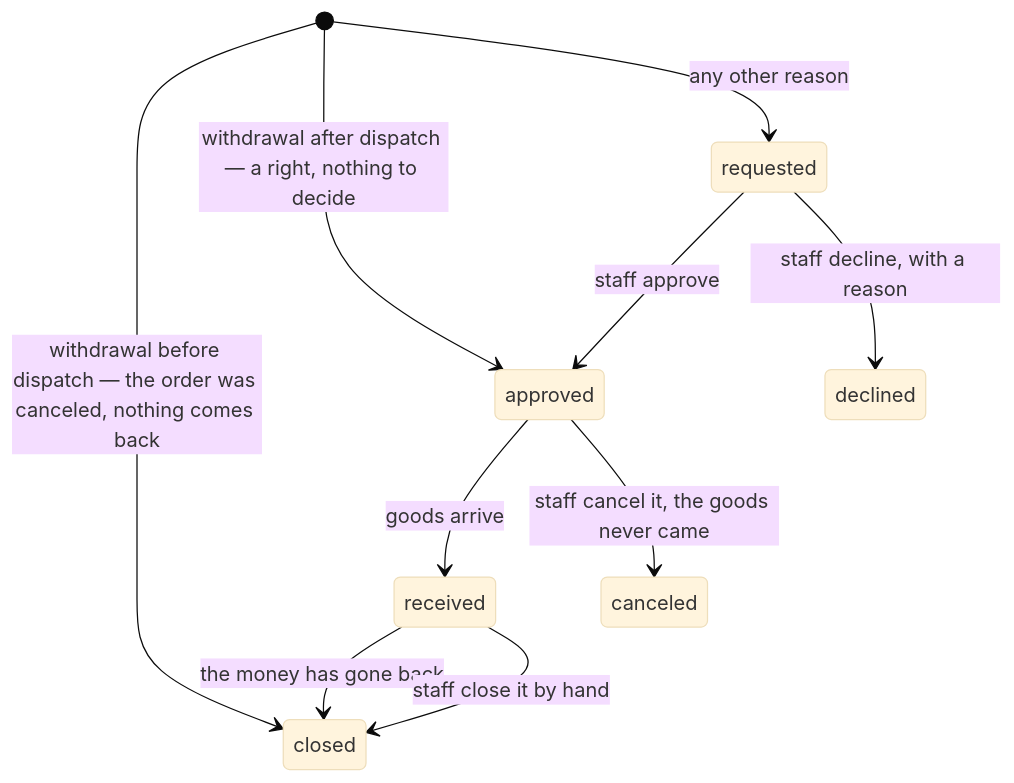
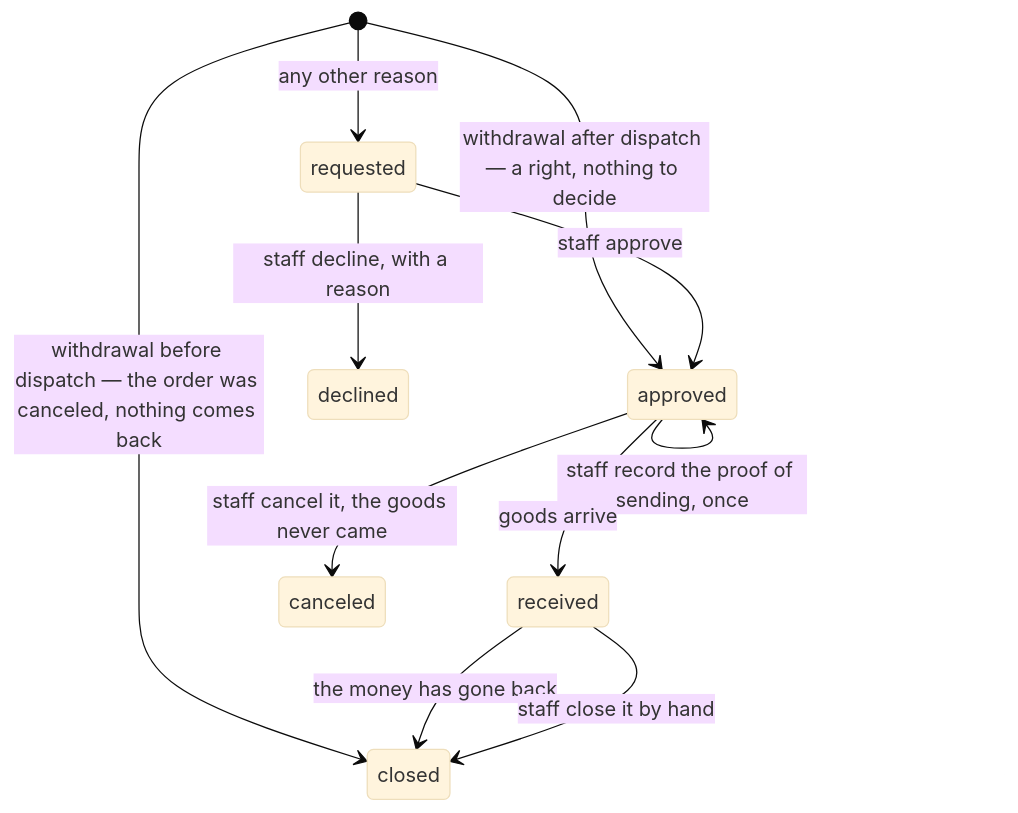
Before and after one commit to Guebbit/boilerplate-node-backend: the second of 6 diagrams in docs/modules/returns.md, drawn with Mermaid (base theme). The commit also changed other lines of this file and 30 other files, not shown here.

First line of the commit message:
feat(returns): staff record the proof of sending, which opens a withdrawal's refund early

````diff
--- a/docs/modules/returns.md
+++ b/docs/modules/returns.md
@@ -80,12 +80,13 @@
 ```mermaid
 stateDiagram-v2
     [*] --> closed: withdrawal before dispatch — the order was canceled, nothing comes back
     [*] --> approved: withdrawal after dispatch — a right, nothing to decide
     [*] --> requested: any other reason
     requested --> approved: staff approve
     requested --> declined: staff decline, with a reason
+    approved --> approved: staff record the proof of sending, once
     approved --> received: goods arrive
     approved --> canceled: staff cancel it, the goods never came
     received --> closed: the money has gone back
     received --> closed: staff close it by hand
 ```
````
